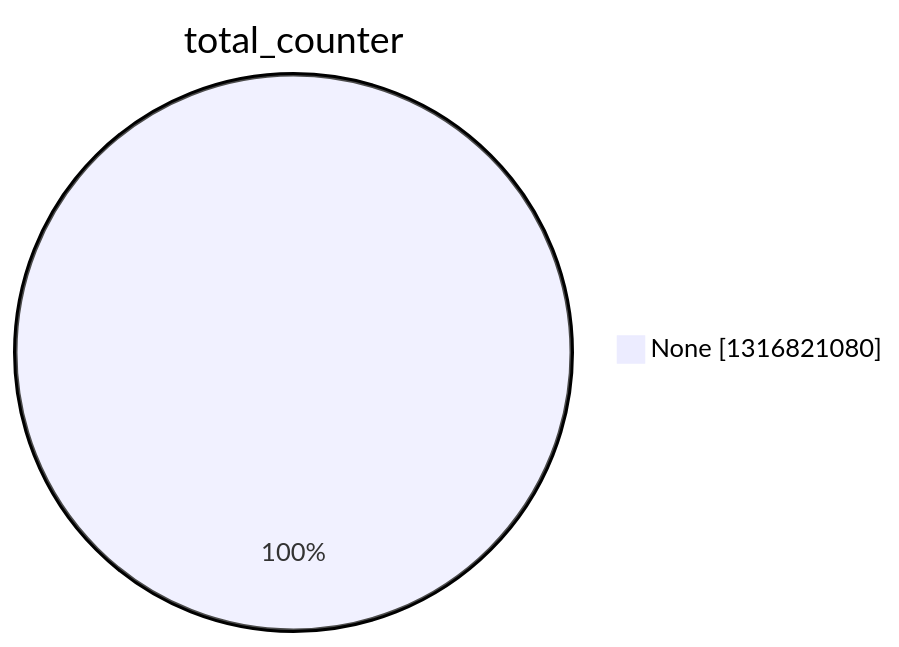
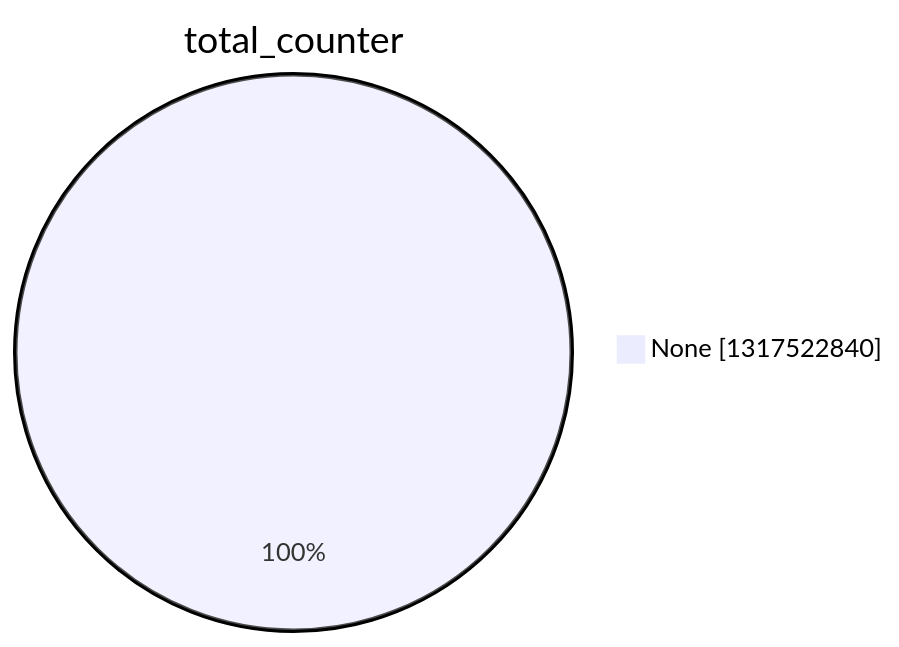
The second of 15 diagrams in argon2022/README.md (christiankrug/ctmonitor_visualization), drawn with Mermaid before and after one commit. The commit also changed other lines of this file, not shown here.

````diff
--- a/argon2022/README.md
+++ b/argon2022/README.md
@@ -9,5 +9,5 @@
 ```mermaid
 pie showData
 title total_counter
-"None" :1316821080
+"None" :1317522840
 ```
````
